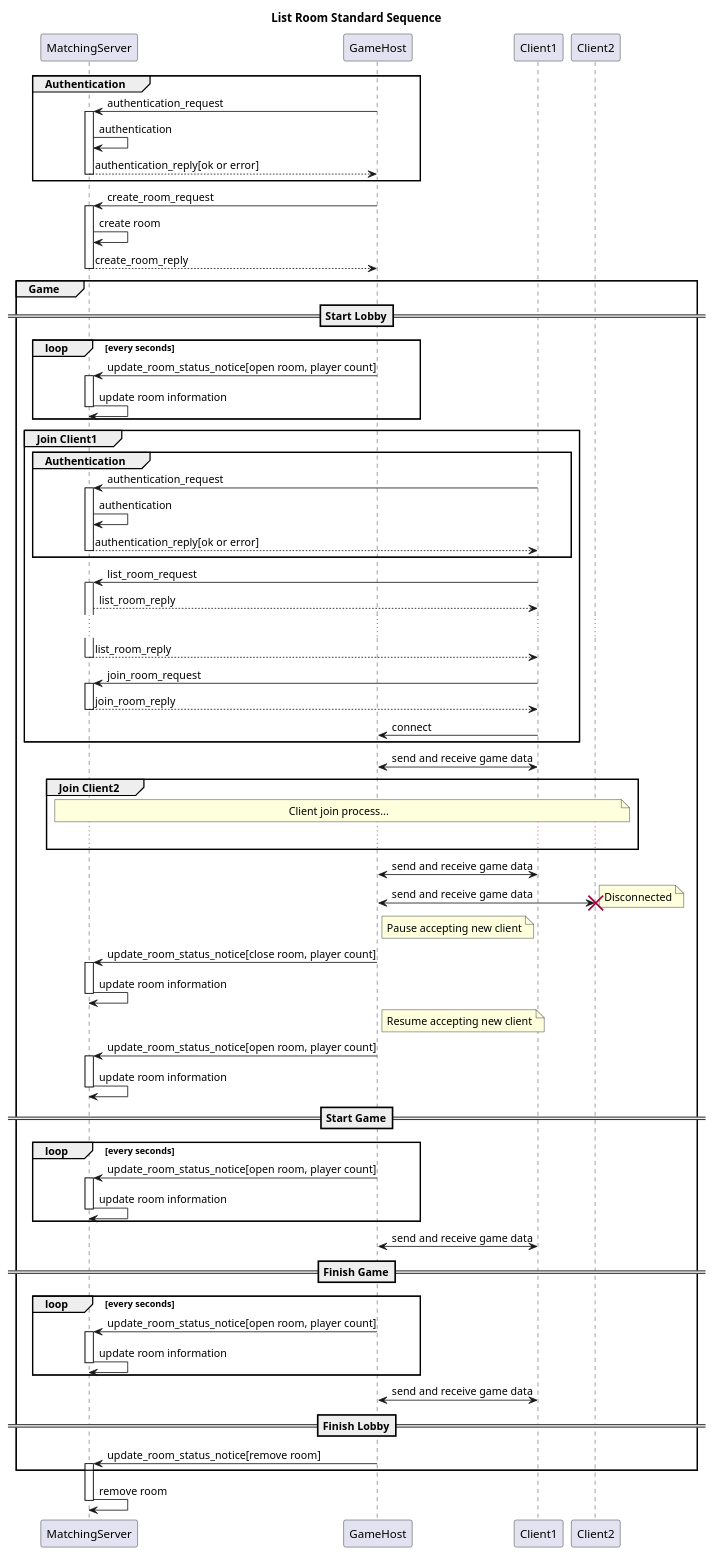
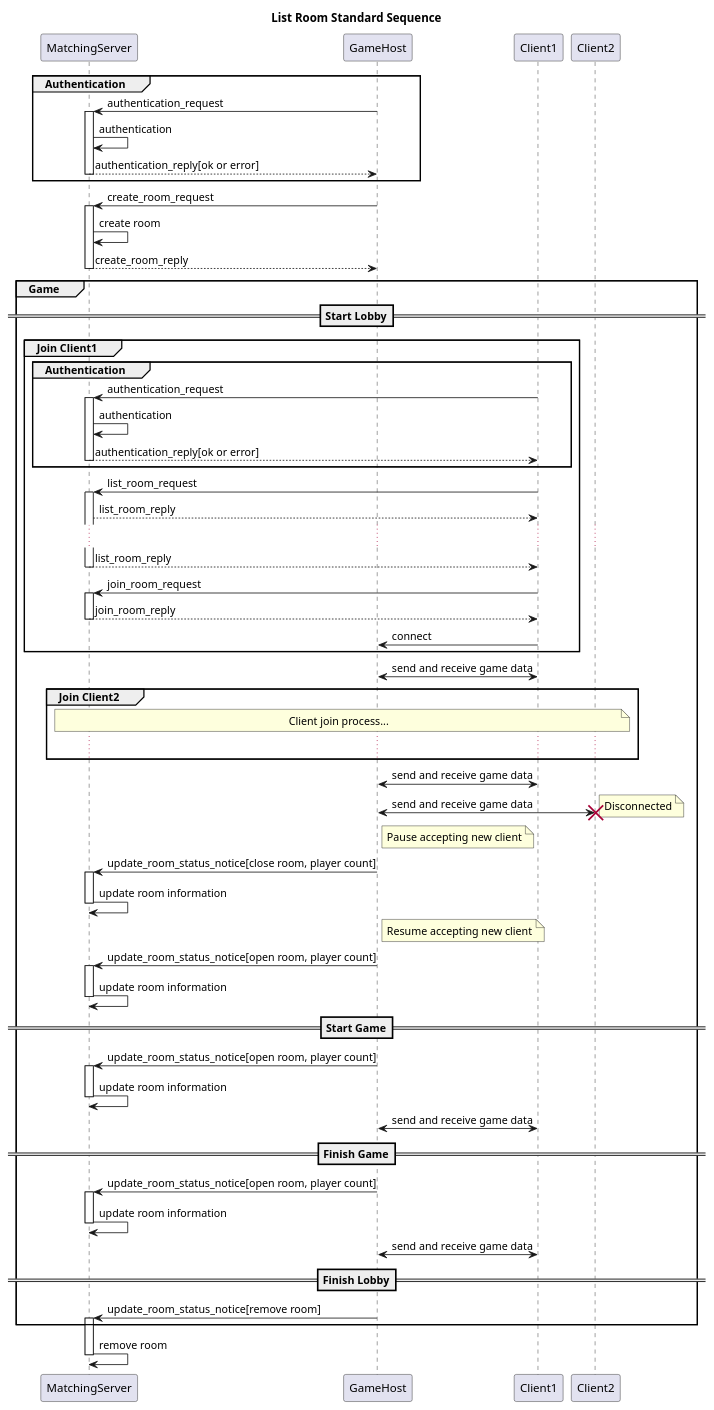
One commit to CdecPGL/PlanetaMatchMaker changed the diagram in Documents/list_room_standard_sequence.plantuml. Above: the diagram before and after it, drawn with PlantUML. The commit also changed 2 other files, not shown here.

Commit message:
[remove] remove periodic notify to server from document

```diff
--- a/Documents/list_room_standard_sequence.plantuml
+++ b/Documents/list_room_standard_sequence.plantuml
@@ -1,119 +1,108 @@
 @startuml
 
 title List Room Standard Sequence
 
 participant MatchingServer
 participant GameHost
 participant Client1
 participant Client2
 
 group Authentication
 GameHost -> MatchingServer : authentication_request
 activate MatchingServer
 MatchingServer -> MatchingServer: authentication
 MatchingServer --> GameHost : authentication_reply[ok or error]
 deactivate MatchingServer
 end
 
 GameHost -> MatchingServer : create_room_request
 activate MatchingServer
 MatchingServer -> MatchingServer : create room
 MatchingServer --> GameHost : create_room_reply
 deactivate MatchingServer
 
 group Game
 
 ==Start Lobby==
-
-loop every seconds
-GameHost -> MatchingServer : update_room_status_notice[open room, player count]
-activate MatchingServer
-MatchingServer -> MatchingServer : update room information
-deactivate MatchingServer
-end
 
 group Join Client1
 
 group Authentication
 Client1 -> MatchingServer : authentication_request
 activate MatchingServer
 MatchingServer -> MatchingServer: authentication
 MatchingServer --> Client1 : authentication_reply[ok or error]
 deactivate MatchingServer
 end
 
 Client1->MatchingServer : list_room_request
 activate MatchingServer
 MatchingServer --> Client1 : list_room_reply
 ...
 MatchingServer --> Client1 : list_room_reply
 deactivate MatchingServer
 
 Client1->MatchingServer : join_room_request
 activate MatchingServer
 MatchingServer --> Client1 : join_room_reply
 deactivate MatchingServer
 Client1->GameHost : connect
 
 end
 
 GameHost<->Client1 : send and receive game data
 
 group Join Client2
 
 note over MatchingServer, Client2: Client join process...
 ...
 
 end
 
 GameHost<->Client1 : send and receive game data
 
 GameHost<->Client2 : send and receive game data
 note right: Disconnected
 destroy Client2
 
 note right of GameHost: Pause accepting new client
 GameHost -> MatchingServer : update_room_status_notice[close room, player count]
 activate MatchingServer
 MatchingServer -> MatchingServer : update room information
 deactivate MatchingServer
 
 note right of GameHost: Resume accepting new client
 GameHost -> MatchingServer : update_room_status_notice[open room, player count]
 activate MatchingServer
 MatchingServer -> MatchingServer : update room information
 deactivate MatchingServer
 
 ==Start Game==
 
-loop every seconds
 GameHost -> MatchingServer : update_room_status_notice[open room, player count]
 activate MatchingServer
 MatchingServer -> MatchingServer : update room information
 deactivate MatchingServer
-end
 
 GameHost<->Client1 : send and receive game data
 
 ==Finish Game==
 
-loop every seconds
 GameHost -> MatchingServer : update_room_status_notice[open room, player count]
 activate MatchingServer
 MatchingServer -> MatchingServer : update room information
 deactivate MatchingServer
-end
 
 GameHost<->Client1 : send and receive game data
 
 ==Finish Lobby==
 
 GameHost -> MatchingServer : update_room_status_notice[remove room]
 activate MatchingServer
 
 end
 
 MatchingServer -> MatchingServer : remove room
 deactivate MatchingServer
 
 @enduml
```
